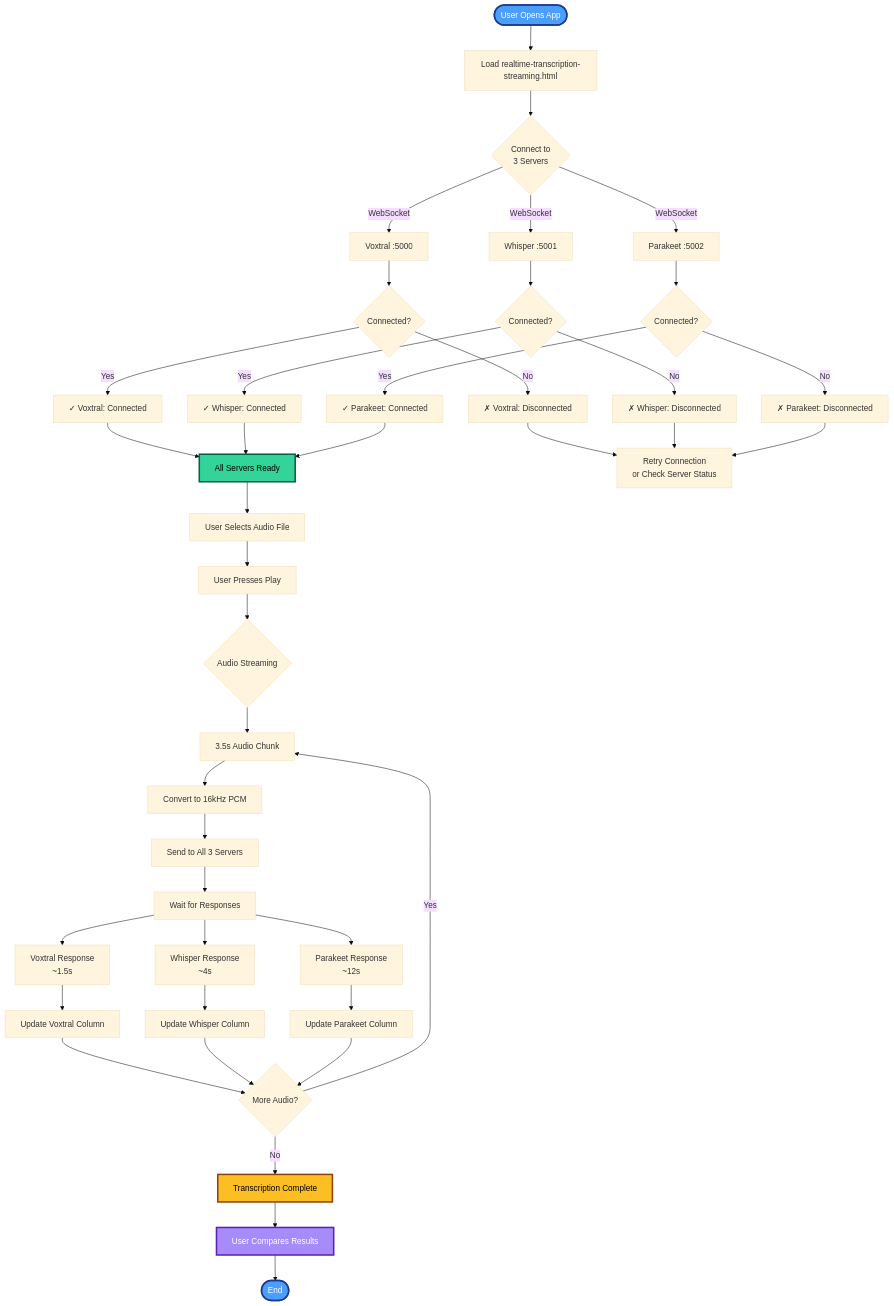
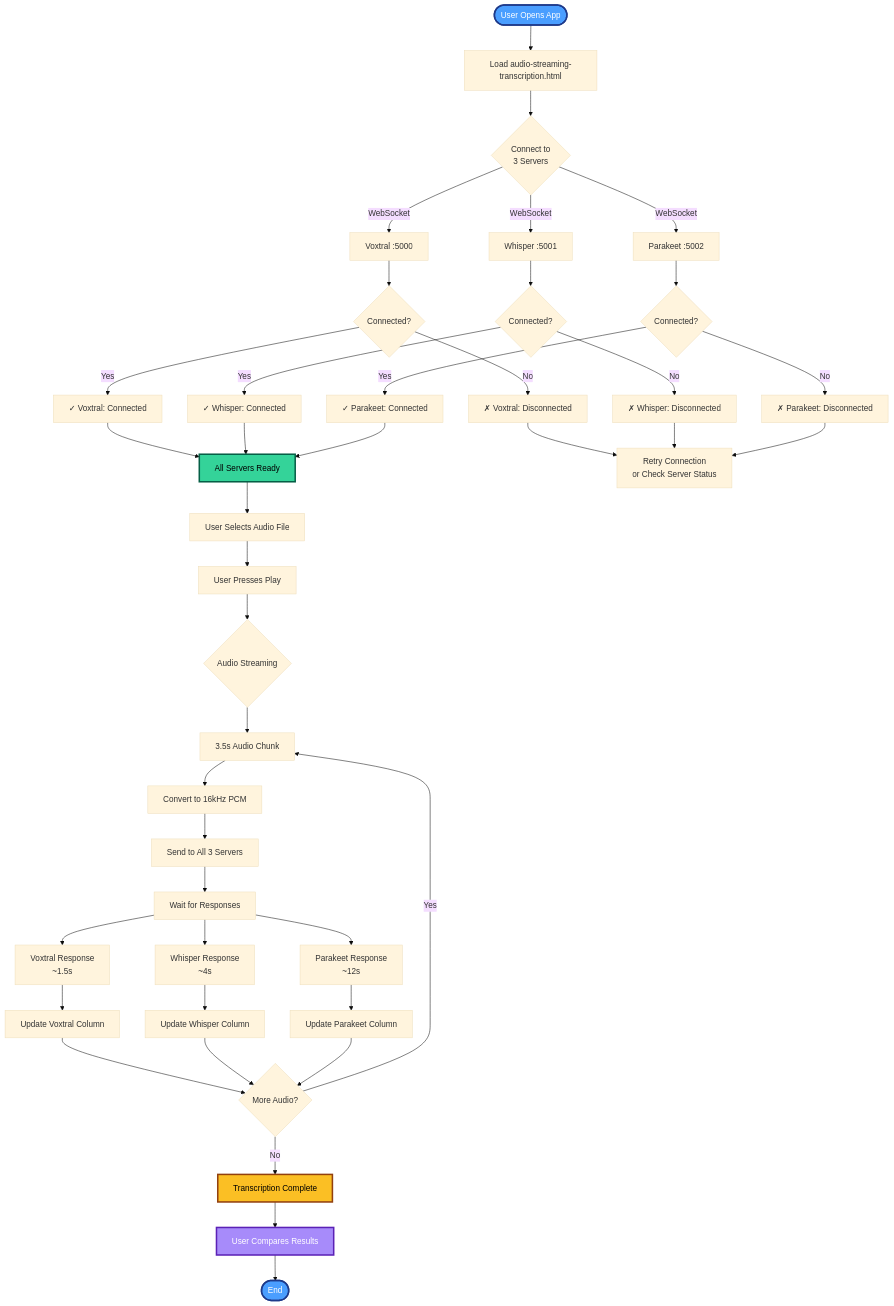
Before and after one commit to gjovanov/speech2text: the diagram in assets/realtime-streaming-flow.mmd, drawn with Mermaid (base theme). The commit also changed 26 other files, not shown here.

```diff
--- a/assets/realtime-streaming-flow.mmd
+++ b/assets/realtime-streaming-flow.mmd
@@ -1,54 +1,54 @@
 flowchart TD
-    Start([User Opens App]) --> LoadPage[Load realtime-transcription-streaming.html]
+    Start([User Opens App]) --> LoadPage[Load audio-streaming-transcription.html]
     LoadPage --> Connect{Connect to<br/>3 Servers}
 
     Connect -->|WebSocket| Server1[Voxtral :5000]
     Connect -->|WebSocket| Server2[Whisper :5001]
     Connect -->|WebSocket| Server3[Parakeet :5002]
 
     Server1 --> Check1{Connected?}
     Server2 --> Check2{Connected?}
     Server3 --> Check3{Connected?}
 
     Check1 -->|Yes| Status1[✓ Voxtral: Connected]
     Check1 -->|No| Error1[✗ Voxtral: Disconnected]
     Check2 -->|Yes| Status2[✓ Whisper: Connected]
     Check2 -->|No| Error2[✗ Whisper: Disconnected]
     Check3 -->|Yes| Status3[✓ Parakeet: Connected]
     Check3 -->|No| Error3[✗ Parakeet: Disconnected]
 
     Status1 & Status2 & Status3 --> AllReady[All Servers Ready]
     AllReady --> SelectAudio[User Selects Audio File]
 
     SelectAudio --> Play[User Presses Play]
     Play --> Stream{Audio Streaming}
 
     Stream --> Chunk[3.5s Audio Chunk]
     Chunk --> Process[Convert to 16kHz PCM]
     Process --> SendAll[Send to All 3 Servers]
 
     SendAll --> Wait[Wait for Responses]
 
     Wait --> R1[Voxtral Response<br/>~1.5s]
     Wait --> R2[Whisper Response<br/>~4s]
     Wait --> R3[Parakeet Response<br/>~12s]
 
     R1 --> Display1[Update Voxtral Column]
     R2 --> Display2[Update Whisper Column]
     R3 --> Display3[Update Parakeet Column]
 
     Display1 & Display2 & Display3 --> Continue{More Audio?}
 
     Continue -->|Yes| Chunk
     Continue -->|No| Complete[Transcription Complete]
 
     Complete --> Compare[User Compares Results]
     Compare --> End([End])
 
     Error1 & Error2 & Error3 --> Retry[Retry Connection<br/>or Check Server Status]
 
     style Start fill:#4a9eff,stroke:#1e3a8a,stroke-width:3px,color:#fff
     style AllReady fill:#34d399,stroke:#065f46,stroke-width:3px,color:#000
     style Complete fill:#fbbf24,stroke:#92400e,stroke-width:3px,color:#000
     style Compare fill:#a78bfa,stroke:#5b21b6,stroke-width:3px,color:#fff
     style End fill:#4a9eff,stroke:#1e3a8a,stroke-width:3px,color:#fff
```
